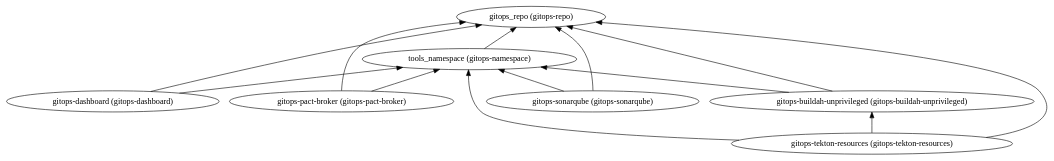
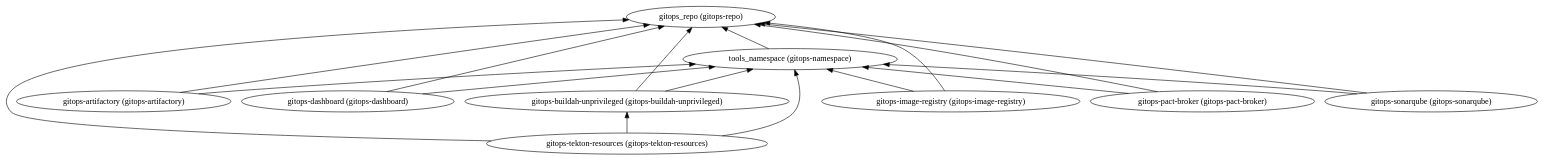
One commit to IBM/automation-ibmcloud-infra-openshift changed the diagram in 1-quickstart/220-dev-tools/dependencies.dot. Above: the diagram before and after it, drawn with Graphviz. The commit also changed 8 other files, not shown here.

```diff
--- a/1-quickstart/220-dev-tools/dependencies.dot
+++ b/1-quickstart/220-dev-tools/dependencies.dot
@@ -1,22 +1,28 @@
 digraph {
     rankdir="BT"
-    "gitops-dashboard (gitops-dashboard)" -> "gitops_repo (gitops-repo)"
-"gitops-dashboard (gitops-dashboard)" -> "tools_namespace (gitops-namespace)"
-"gitops-dashboard (gitops-dashboard)"
+    "gitops-artifactory (gitops-artifactory)" -> "gitops_repo (gitops-repo)"
+"gitops-artifactory (gitops-artifactory)" -> "tools_namespace (gitops-namespace)"
+"gitops-artifactory (gitops-artifactory)"
 "gitops_repo (gitops-repo)"
 "tools_namespace (gitops-namespace)" -> "gitops_repo (gitops-repo)"
 "tools_namespace (gitops-namespace)"
+"gitops-dashboard (gitops-dashboard)" -> "gitops_repo (gitops-repo)"
+"gitops-dashboard (gitops-dashboard)" -> "tools_namespace (gitops-namespace)"
+"gitops-dashboard (gitops-dashboard)"
+"gitops-image-registry (gitops-image-registry)" -> "gitops_repo (gitops-repo)"
+"gitops-image-registry (gitops-image-registry)" -> "tools_namespace (gitops-namespace)"
+"gitops-image-registry (gitops-image-registry)"
 "gitops-pact-broker (gitops-pact-broker)" -> "gitops_repo (gitops-repo)"
 "gitops-pact-broker (gitops-pact-broker)" -> "tools_namespace (gitops-namespace)"
 "gitops-pact-broker (gitops-pact-broker)"
 "gitops-sonarqube (gitops-sonarqube)" -> "gitops_repo (gitops-repo)"
 "gitops-sonarqube (gitops-sonarqube)" -> "tools_namespace (gitops-namespace)"
 "gitops-sonarqube (gitops-sonarqube)"
 "gitops-tekton-resources (gitops-tekton-resources)" -> "gitops_repo (gitops-repo)"
 "gitops-tekton-resources (gitops-tekton-resources)" -> "tools_namespace (gitops-namespace)"
 "gitops-tekton-resources (gitops-tekton-resources)" -> "gitops-buildah-unprivileged (gitops-buildah-unprivileged)"
 "gitops-tekton-resources (gitops-tekton-resources)"
 "gitops-buildah-unprivileged (gitops-buildah-unprivileged)" -> "gitops_repo (gitops-repo)"
 "gitops-buildah-unprivileged (gitops-buildah-unprivileged)" -> "tools_namespace (gitops-namespace)"
 "gitops-buildah-unprivileged (gitops-buildah-unprivileged)"
   }
```
